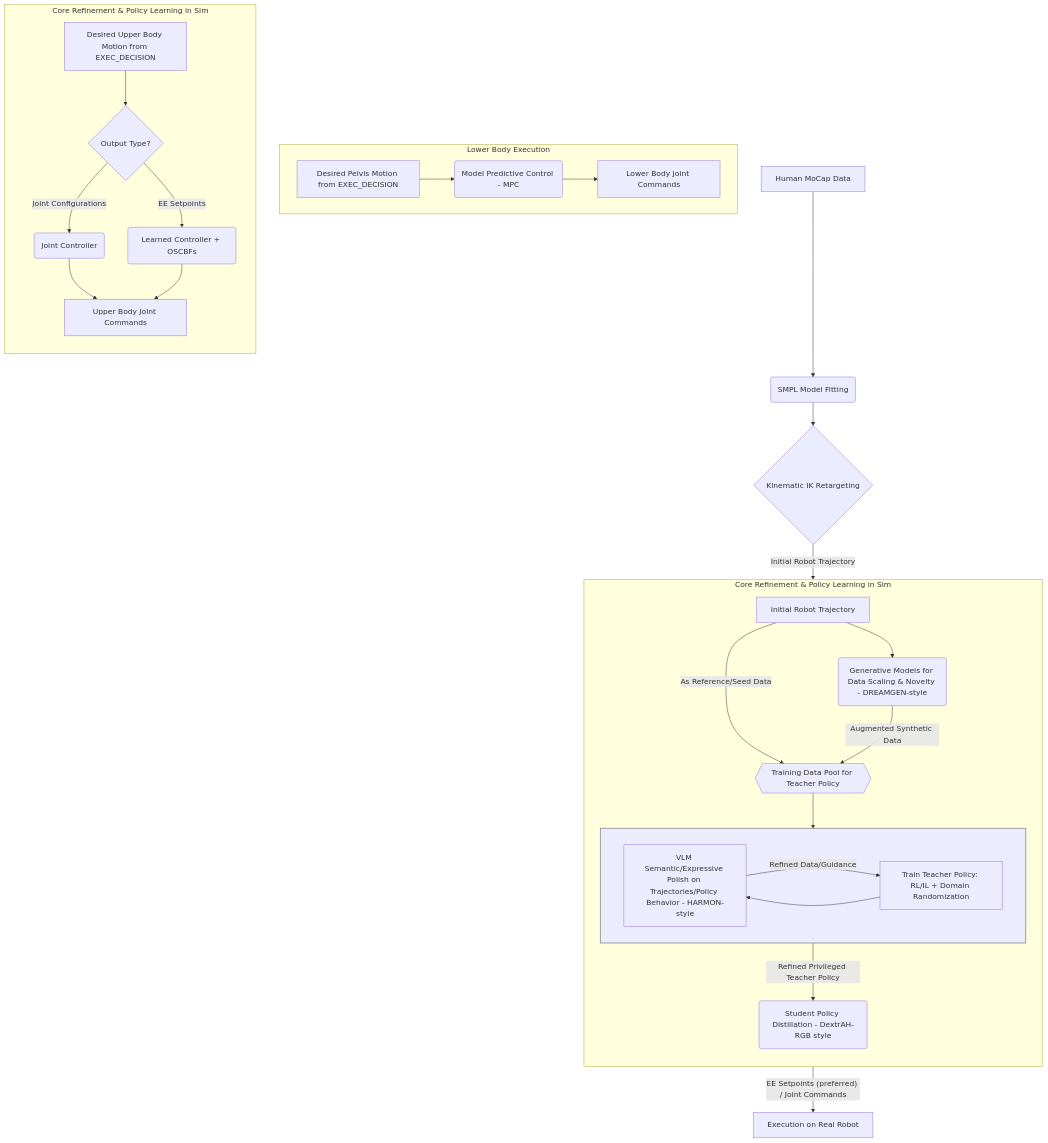
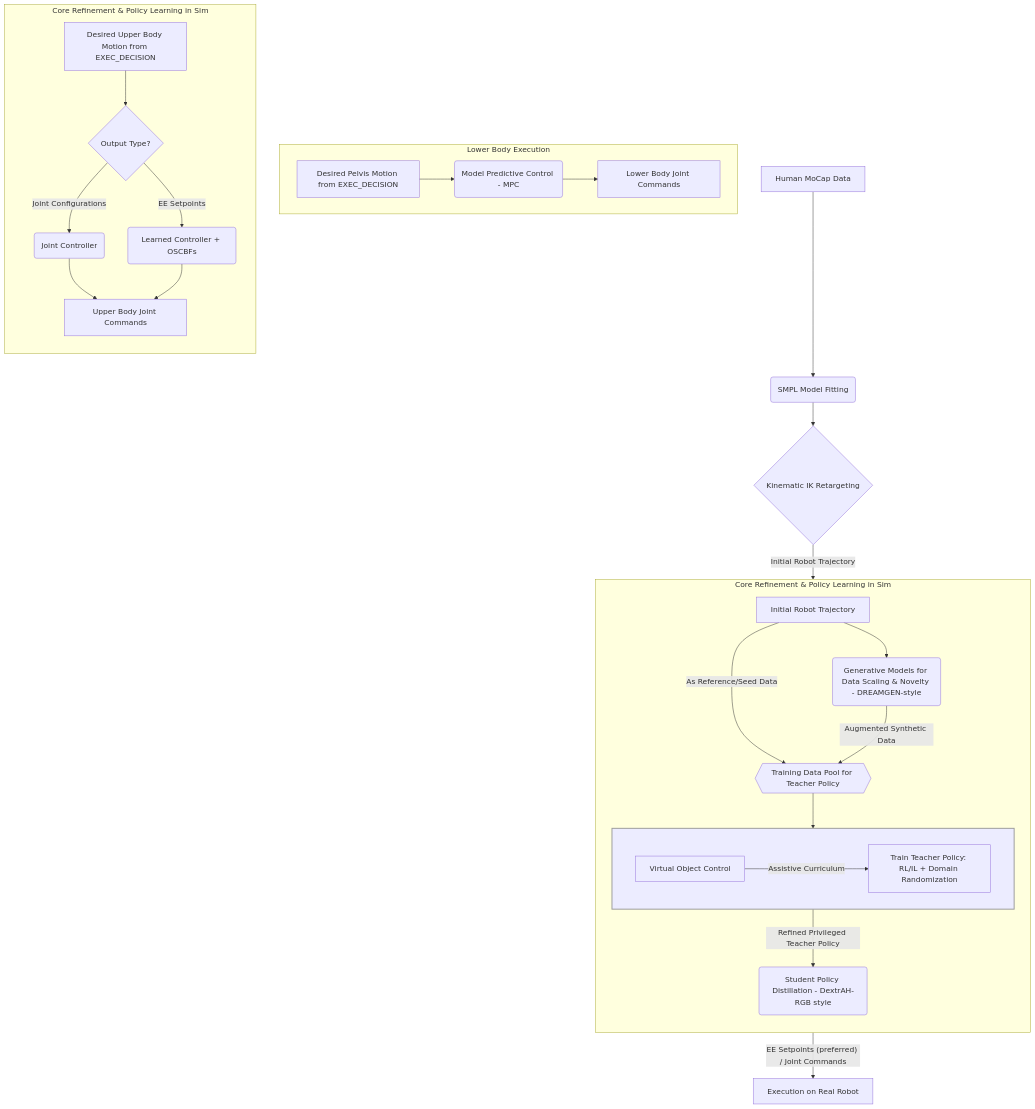
Before and after one commit to moribots/mocap_policy: the diagram in flowchart.mmd, drawn with Mermaid.

Commit message:
fixup! fixup! fixup! update

```diff
--- a/flowchart.mmd
+++ b/flowchart.mmd
@@ -1,50 +1,49 @@
 ---
 config:
   layout: dagre
 ---
 flowchart TD
  subgraph E_Iterative_Loop[" "]
     direction LR
-        E_VLM_Polish["VLM Semantic/Expressive Polish on Trajectories/Policy Behavior - HARMON-style"]
+        CURRICULUM["Virtual Object Control"]
         E_Train_Teacher["Train Teacher Policy: RL/IL + Domain Randomization"]
   end
  subgraph Sim_Training_Pipeline["Core Refinement &amp; Policy Learning in Sim"]
     direction TB
         E_Initial_Traj_Node["Initial Robot Trajectory"]
         E_DREAMGEN("Generative Models for Data Scaling & Novelty - DREAMGEN-style")
         E_Training_Data_Pool{{"Training Data Pool for Teacher Policy"}}
         E_Iterative_Loop
         E_Distill("Student Policy Distillation - DextrAH-RGB style")
   end
  subgraph F_EXEC_Lower["Lower Body Execution"]
         F_EXEC_L_MPC("Model Predictive Control - MPC")
         F_EXEC_L_Input["Desired Pelvis Motion from EXEC_DECISION"]
         F_EXEC_L_Cmds["Lower Body Joint Commands"]
   end
  subgraph F_EXEC_Upper["Core Refinement &amp; Policy Learning in Sim"]
     direction TB
         F_EXEC_U_Decision{"Output Type?"}
         F_EXEC_U_Input["Desired Upper Body Motion from EXEC_DECISION"]
         F_EXEC_U_JC("Joint Controller")
         F_EXEC_U_Cmds["Upper Body Joint Commands"]
         F_EXEC_U_EESC("Learned Controller + OSCBFs")
   end
     A["Human MoCap Data"] --> B("SMPL Model Fitting")
     B --> C{"Kinematic IK Retargeting"}
     C -- Initial Robot Trajectory --> E_Initial_Traj_Node
     E_Initial_Traj_Node --> E_DREAMGEN
     E_Initial_Traj_Node -- As Reference/Seed Data --> E_Training_Data_Pool
     E_DREAMGEN -- Augmented Synthetic Data --> E_Training_Data_Pool
     E_Training_Data_Pool --> E_Iterative_Loop
-    E_Train_Teacher --> E_VLM_Polish
-    E_VLM_Polish -- Refined Data/Guidance --> E_Train_Teacher
+    CURRICULUM -- Assistive Curriculum --> E_Train_Teacher
     E_Iterative_Loop -- Refined Privileged Teacher Policy --> E_Distill
     E_Distill -- EE Setpoints (preferred) / Joint Commands --> F_EXEC["Execution on Real Robot"]
     F_EXEC_L_Input --> F_EXEC_L_MPC
     F_EXEC_L_MPC --> F_EXEC_L_Cmds
     F_EXEC_U_Input --> F_EXEC_U_Decision
     F_EXEC_U_Decision -- Joint Configurations --> F_EXEC_U_JC
     F_EXEC_U_JC --> F_EXEC_U_Cmds
     F_EXEC_U_Decision -- EE Setpoints --> F_EXEC_U_EESC
     F_EXEC_U_EESC --> F_EXEC_U_Cmds
     style E_Iterative_Loop fill:#ececff,stroke:#999,stroke-width:2px
```
